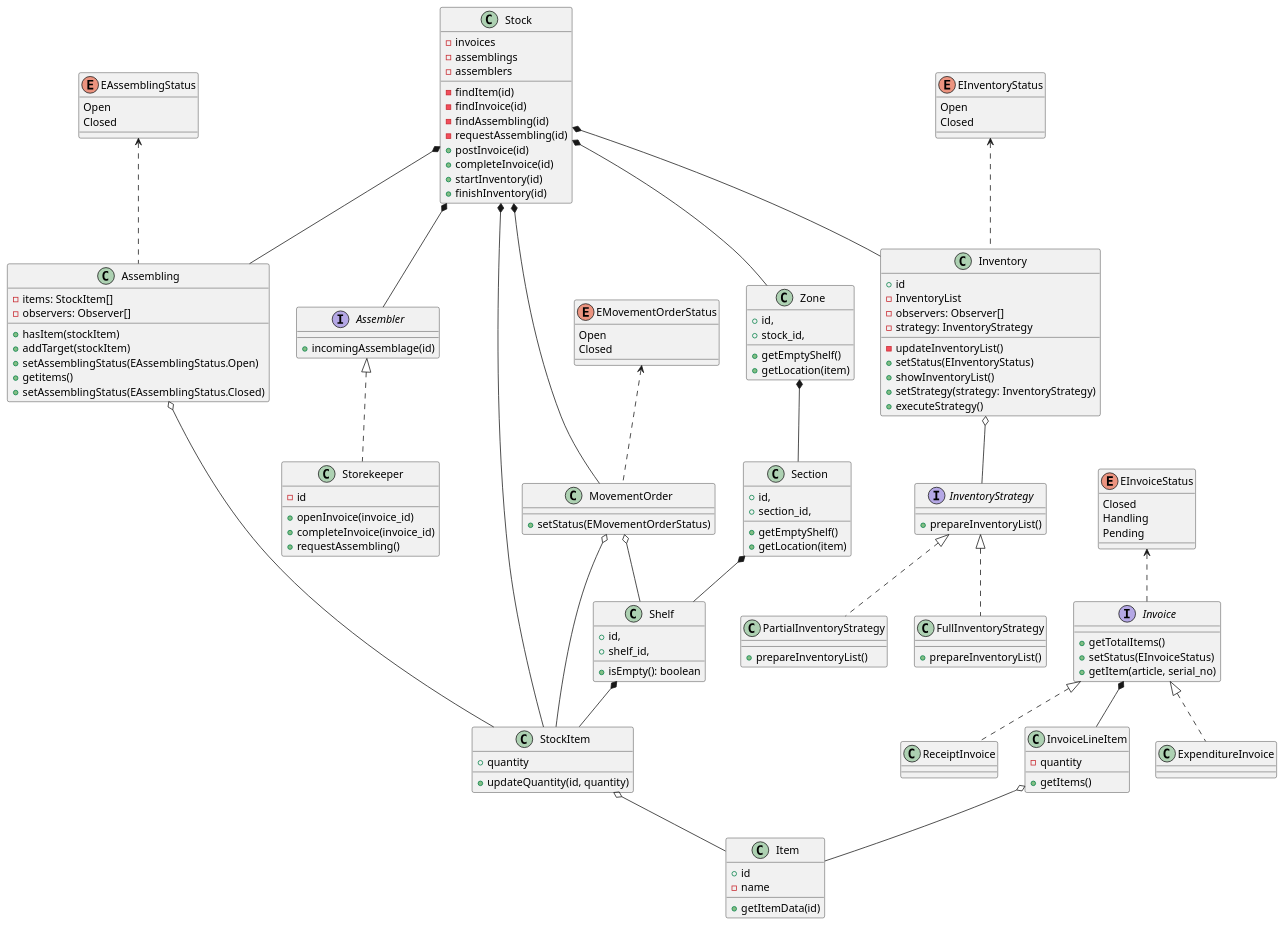
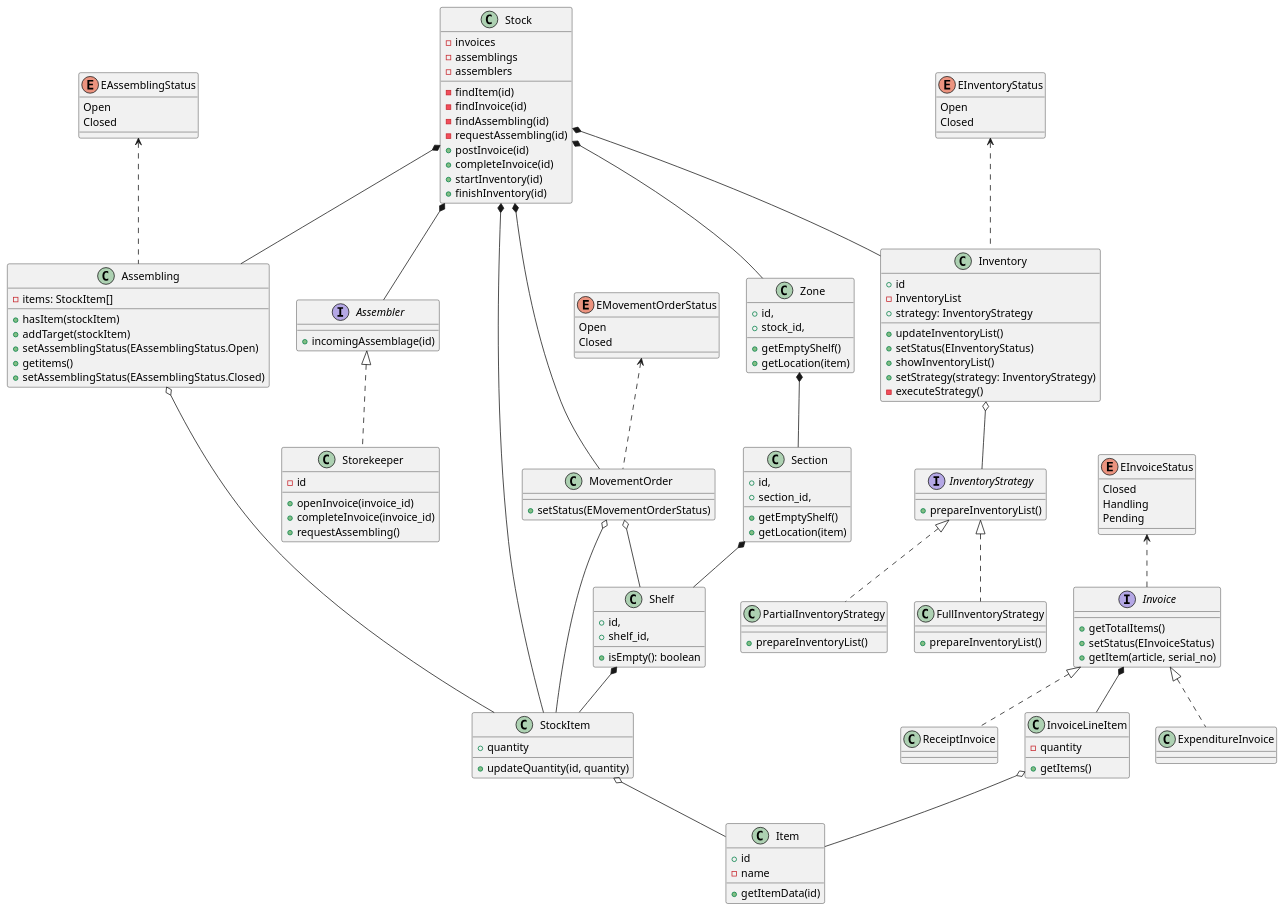
The diagram in warehouse/диаграмма_классов.md (penamarth/bsbo-02-21_team5_var6_sklad), drawn with PlantUML before and after one commit.

Commit message:
upadate inventory

`````diff
--- a/warehouse/диаграмма_классов.md
+++ b/warehouse/диаграмма_классов.md
@@ -1,5 +3,3 @@
-```plantuml
-
 @startuml
 
 class Stock {
@@ -94,7 +94,6 @@
 }
 class Assembling {
   -items: StockItem[]
-  -observers: Observer[]
   +hasItem(stockItem)
   +addTarget(stockItem)
   +setAssemblingStatus(EAssemblingStatus.Open)
@@ -110,13 +109,12 @@
 class Inventory {
   +id
   -InventoryList
-  -observers: Observer[]
-  -strategy: InventoryStrategy
-  -updateInventoryList()
+  +strategy: InventoryStrategy
+  +updateInventoryList()
   +setStatus(EInventoryStatus)
   +showInventoryList()
   +setStrategy(strategy: InventoryStrategy)
-  +executeStrategy()
+-executeStrategy()
 }
 
 interface InventoryStrategy {
@@ -157,5 +155,3 @@
 InventoryStrategy <|.. PartialInventoryStrategy
 Inventory o-- InventoryStrategy
 @enduml
-
-````
`````
